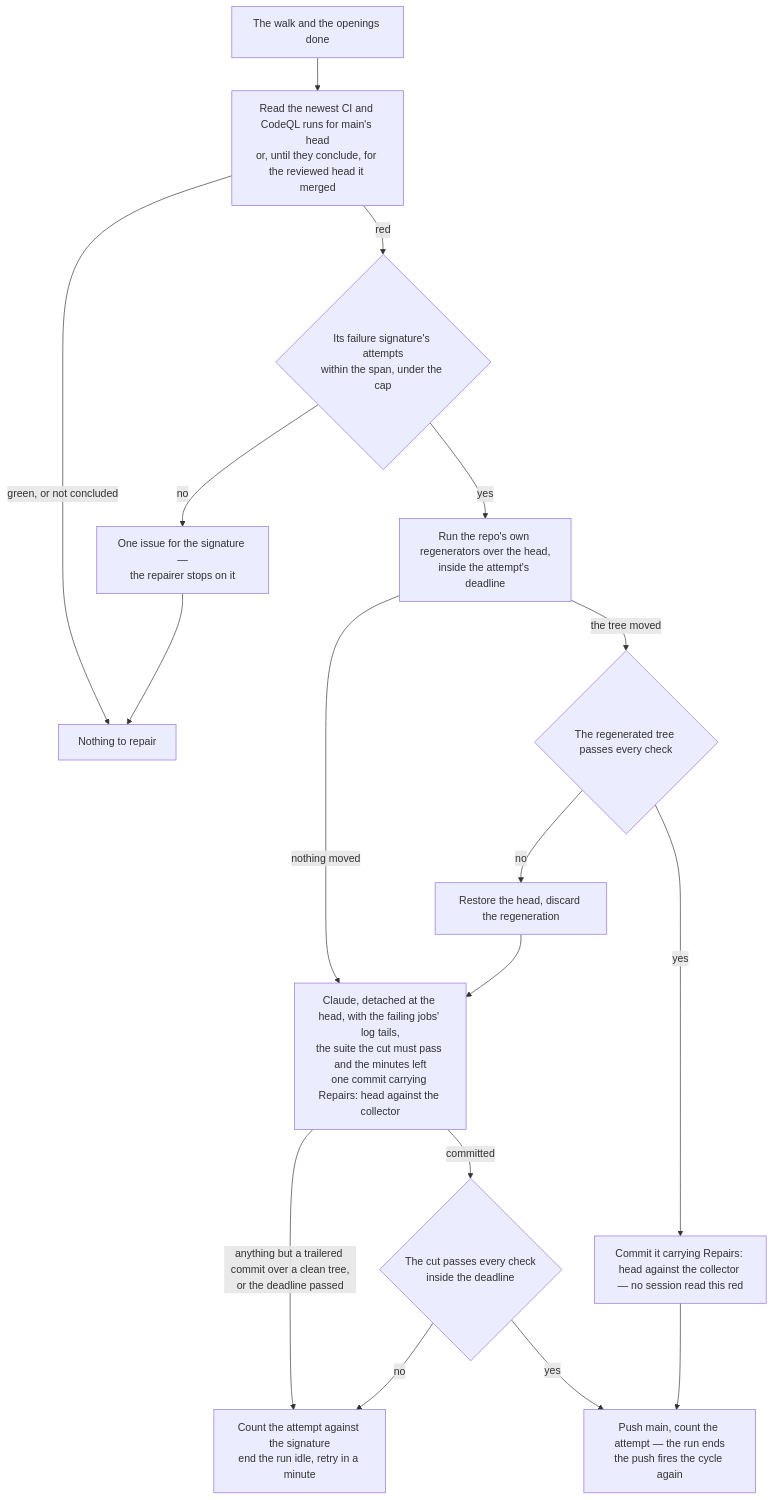
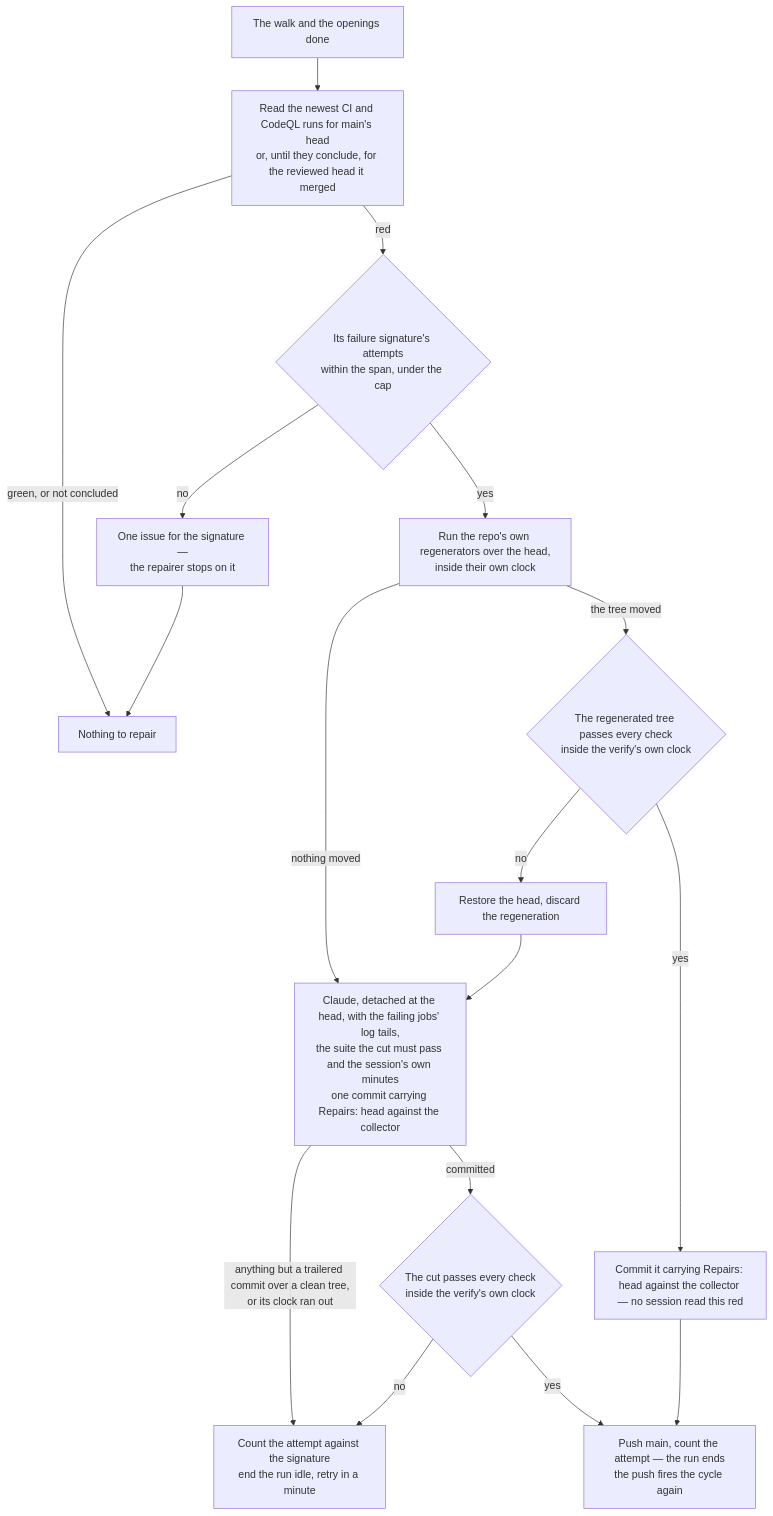
The diagram in apps/web/content/docs/infra/review-collector/repair.md (Esposter/Esposter), drawn with Mermaid before and after one commit. The commit also changed other lines of this file and 26 other files, not shown here.

````diff
--- a/apps/web/content/docs/infra/review-collector/repair.md
+++ b/apps/web/content/docs/infra/review-collector/repair.md
@@ -14,17 +14,17 @@
 ```mermaid
 flowchart TD
   E[The walk and the openings done] --> R[Read the newest CI and CodeQL runs for main's head<br/>or, until they conclude, for the reviewed head it merged]
   R -->|green, or not concluded| L[Nothing to repair]
   R -->|red| S{Its failure signature's attempts<br/>within the span, under the cap}
   S -->|no| P[One issue for the signature —<br/>the repairer stops on it] --> L
-  S -->|yes| G[Run the repo's own regenerators over the head,<br/>inside the attempt's deadline]
+  S -->|yes| G[Run the repo's own regenerators over the head,<br/>inside their own clock]
   G -->|nothing moved| C
-  G -->|the tree moved| GV{The regenerated tree passes every check}
+  G -->|the tree moved| GV{The regenerated tree passes every check<br/>inside the verify's own clock}
   GV -->|no| RS[Restore the head, discard the regeneration] --> C
   GV -->|yes| GC[Commit it carrying Repairs: head against the collector — no session read this red] --> PU
-  C[Claude, detached at the head, with the failing jobs' log tails,<br/>the suite the cut must pass and the minutes left<br/>one commit carrying Repairs: head against the collector]
-  C -->|anything but a trailered commit over a clean tree,<br/>or the deadline passed| F[Count the attempt against the signature<br/>end the run idle, retry in a minute]
-  C -->|committed| V{The cut passes every check<br/>inside the deadline}
+  C[Claude, detached at the head, with the failing jobs' log tails,<br/>the suite the cut must pass and the session's own minutes<br/>one commit carrying Repairs: head against the collector]
+  C -->|anything but a trailered commit over a clean tree,<br/>or its clock ran out| F[Count the attempt against the signature<br/>end the run idle, retry in a minute]
+  C -->|committed| V{The cut passes every check<br/>inside the verify's own clock}
   V -->|no| F
   V -->|yes| PU[Push main, count the attempt — the run ends<br/>the push fires the cycle again]
 ```
````
